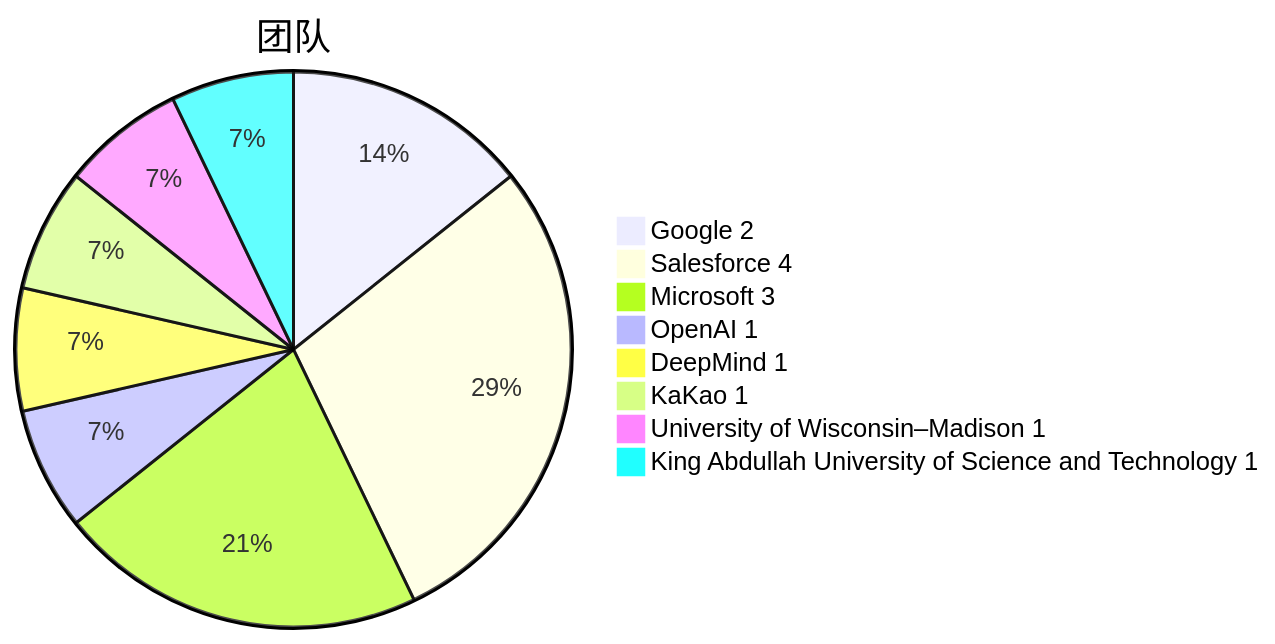
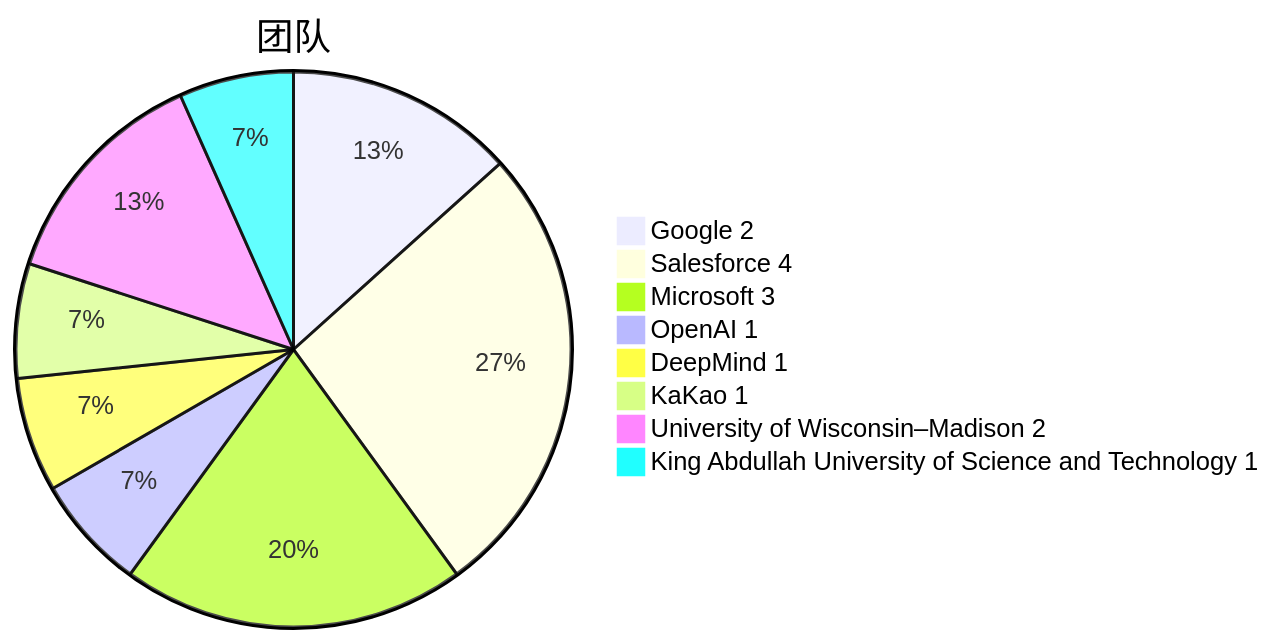
One commit to Elephant-King9/Paper changed the third of 6 diagrams in Base_Model/VLM+VLLM/analyse.md. Above: the diagram before and after it, drawn with Mermaid. The commit also changed other lines of this file and 5 other files, not shown here.

````diff
--- a/Base_Model/VLM+VLLM/analyse.md
+++ b/Base_Model/VLM+VLLM/analyse.md
@@ -50,11 +52,11 @@
 ```mermaid
 pie title 团队
 		"Google 2" : 2
 		"Salesforce 4" : 4
 		"Microsoft 3" : 3
 		"OpenAI 1" : 1
 		"DeepMind 1" : 1
 		"KaKao 1" : 1
-		"University of Wisconsin–Madison 1" : 1
+		"University of Wisconsin–Madison 2" : 2
 		"King Abdullah University of Science and Technology 1" : 1
 ```
````
